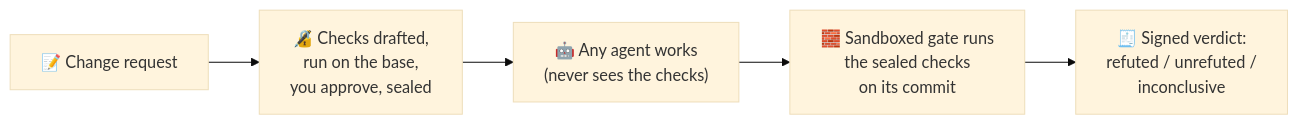
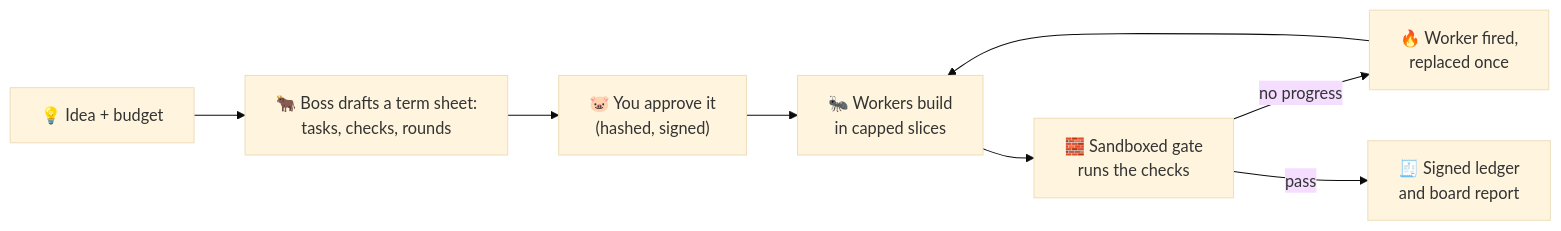
One commit to kgorle1111/antstreet changed the diagram in README.md. Above: the diagram before and after it, drawn with Mermaid (base theme). The commit also changed other lines of this file and 1 other file, not shown here.

````diff
--- a/README.md
+++ b/README.md
@@ -89,7 +48,10 @@
 ```mermaid
 flowchart LR
-  A["📝 Change request"] --> B["🔏 Checks drafted,<br/>run on the base,<br/>you approve, sealed"]
-  B --> C["🤖 Any agent works<br/>(never sees the checks)"]
-  C --> D["🧱 Sandboxed gate runs<br/>the sealed checks<br/>on its commit"]
-  D --> E["🧾 Signed verdict:<br/>refuted / unrefuted /<br/>inconclusive"]
+  A["💡 Idea + budget"] --> B["🐂 Boss drafts a term sheet:<br/>tasks, checks, rounds"]
+  B --> C["🐷 You approve it<br/>(hashed, signed)"]
+  C --> D["🐜 Workers build<br/>in capped slices"]
+  D --> E["🧱 Sandboxed gate<br/>runs the checks"]
+  E -- "no progress" --> F["🔥 Worker fired,<br/>replaced once"]
+  F --> D
+  E -- "pass" --> G["🧾 Signed ledger<br/>and board report"]
 ```
````
